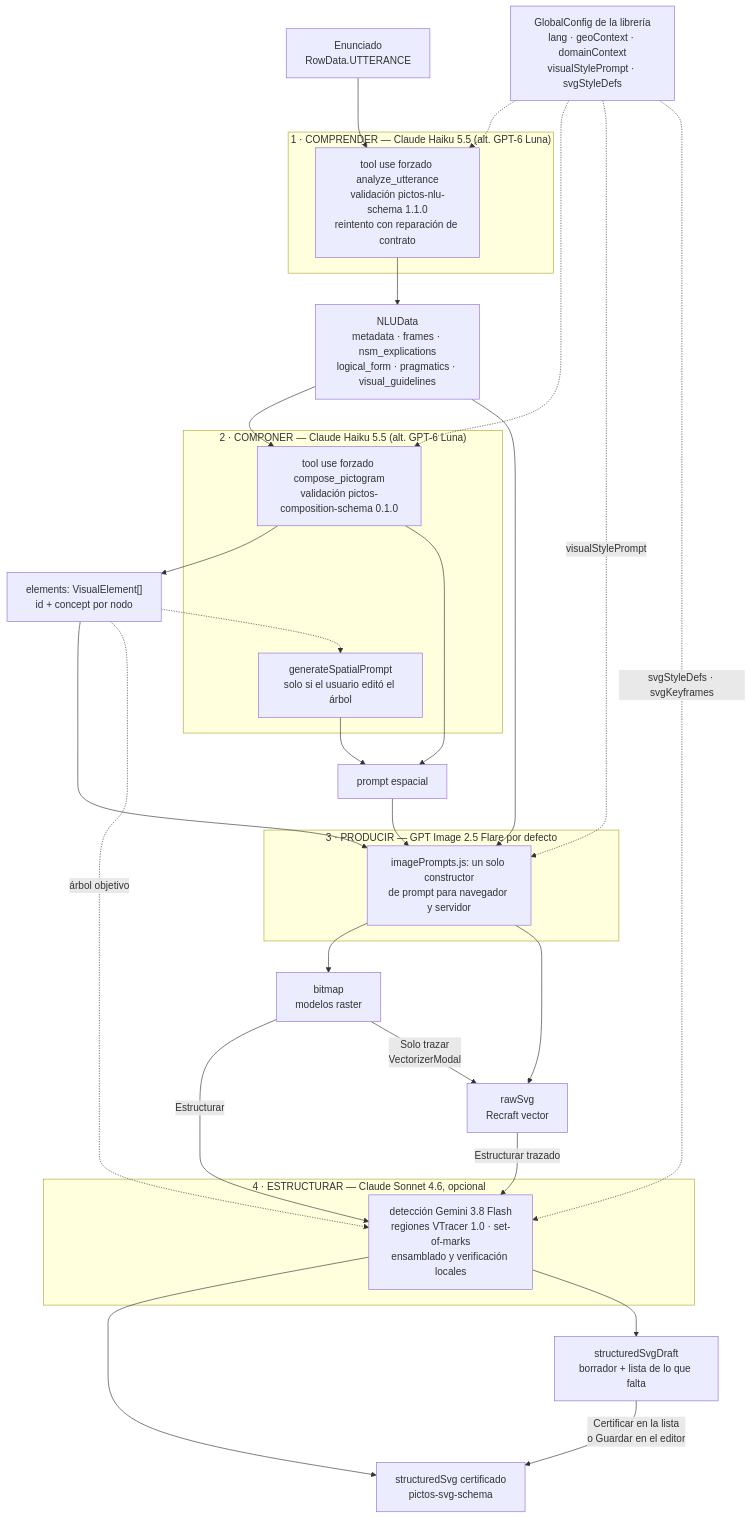
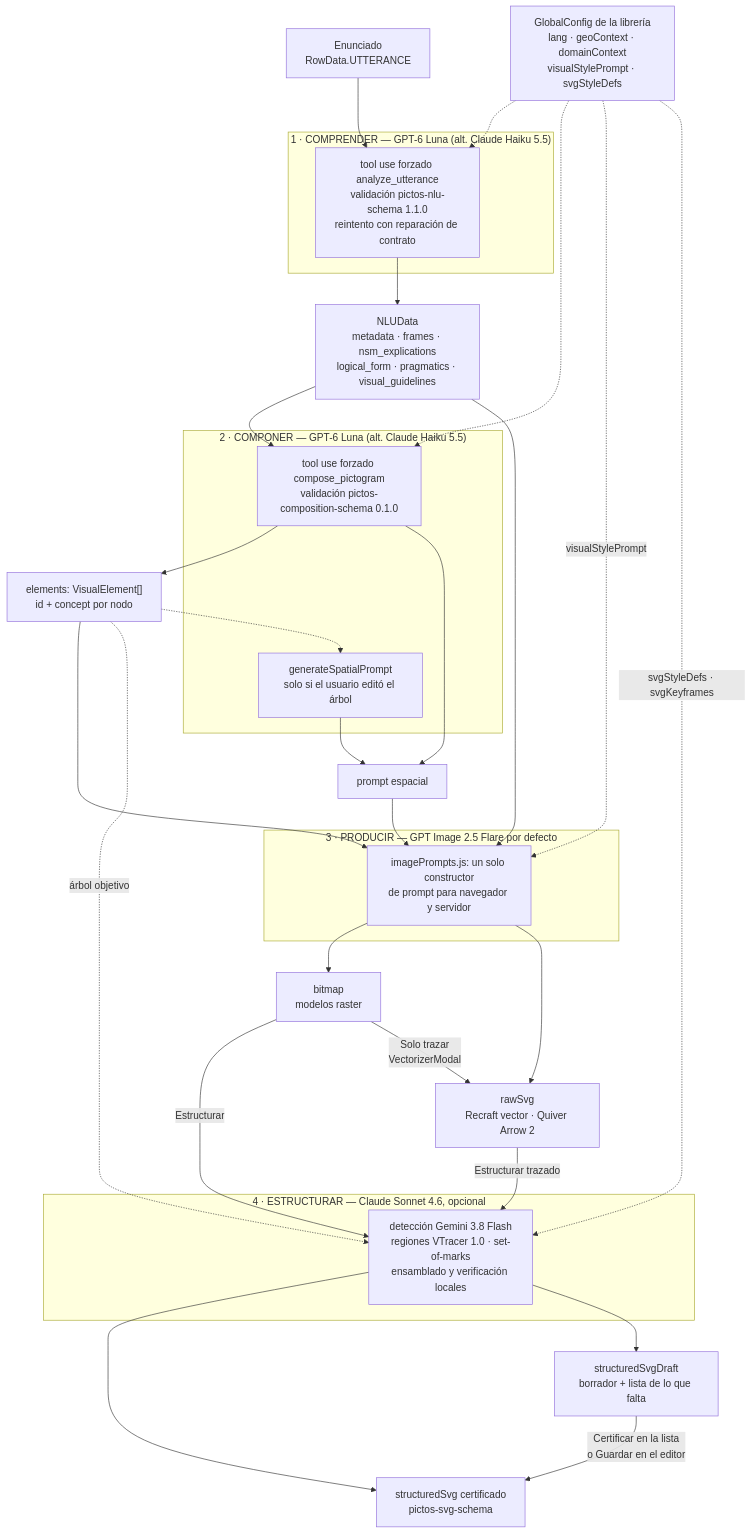
One commit to hspencer/pictos-net changed the third of 12 diagrams in docs/ARCHITECTURE.md. Above: the diagram before and after it, drawn with Mermaid. The commit also changed other lines of this file and 13 other files, not shown here.

First line of the commit message:
docs: align bilingual docs with GPT-6 Luna defaults and Quiver; Gemini 4 evidence

````diff
--- a/docs/ARCHITECTURE.md
+++ b/docs/ARCHITECTURE.md
@@ -207,42 +210,42 @@
 ```mermaid
 flowchart TD
     UTT["Enunciado<br>RowData.UTTERANCE"]
     CFG["GlobalConfig de la librería<br>lang · geoContext · domainContext<br>visualStylePrompt · svgStyleDefs"]
 
-    subgraph P1["1 · COMPRENDER — Claude Haiku 5.5 (alt. GPT-6 Luna)"]
+    subgraph P1["1 · COMPRENDER — GPT-6 Luna (alt. Claude Haiku 5.5)"]
         F1["tool use forzado analyze_utterance<br>validación pictos-nlu-schema 1.1.0<br>reintento con reparación de contrato"]
     end
-    subgraph P2["2 · COMPONER — Claude Haiku 5.5 (alt. GPT-6 Luna)"]
+    subgraph P2["2 · COMPONER — GPT-6 Luna (alt. Claude Haiku 5.5)"]
         F2["tool use forzado compose_pictogram<br>validación pictos-composition-schema 0.1.0"]
         F2b["generateSpatialPrompt<br>solo si el usuario editó el árbol"]
     end
     subgraph P3["3 · PRODUCIR — GPT Image 2.5 Flare por defecto"]
         F3["imagePrompts.js: un solo constructor<br>de prompt para navegador y servidor"]
     end
     subgraph P4["4 · ESTRUCTURAR — Claude Sonnet 4.6, opcional"]
         F4["detección Gemini 3.8 Flash<br>regiones VTracer 1.0 · set-of-marks<br>ensamblado y verificación locales"]
     end
 
     UTT --> F1
     CFG -.-> F1
     F1 --> NLU["NLUData<br>metadata · frames · nsm_explications<br>logical_form · pragmatics · visual_guidelines"]
     NLU --> F2
     CFG -.-> F2
     F2 --> EL["elements: VisualElement[]<br>id + concept por nodo"]
     F2 --> PR["prompt espacial"]
     EL -.-> F2b --> PR
     EL --> F3
     PR --> F3
     NLU --> F3
     CFG -.->|"visualStylePrompt"| F3
     F3 --> BMP["bitmap<br>modelos raster"]
-    F3 --> RAW["rawSvg<br>Recraft vector"]
+    F3 --> RAW["rawSvg<br>Recraft vector · Quiver Arrow 2"]
     BMP -->|"Estructurar"| F4
     BMP -->|"Solo trazar<br>VectorizerModal"| RAW
     RAW -->|"Estructurar trazado"| F4
     EL -.->|"árbol objetivo"| F4
     CFG -.->|"svgStyleDefs · svgKeyframes"| F4
     F4 --> CERT["structuredSvg certificado<br>pictos-svg-schema"]
     F4 --> DRAFT["structuredSvgDraft<br>borrador + lista de lo que falta"]
     DRAFT -->|"Certificar en la lista<br>o Guardar en el editor"| CERT
 ```
````
